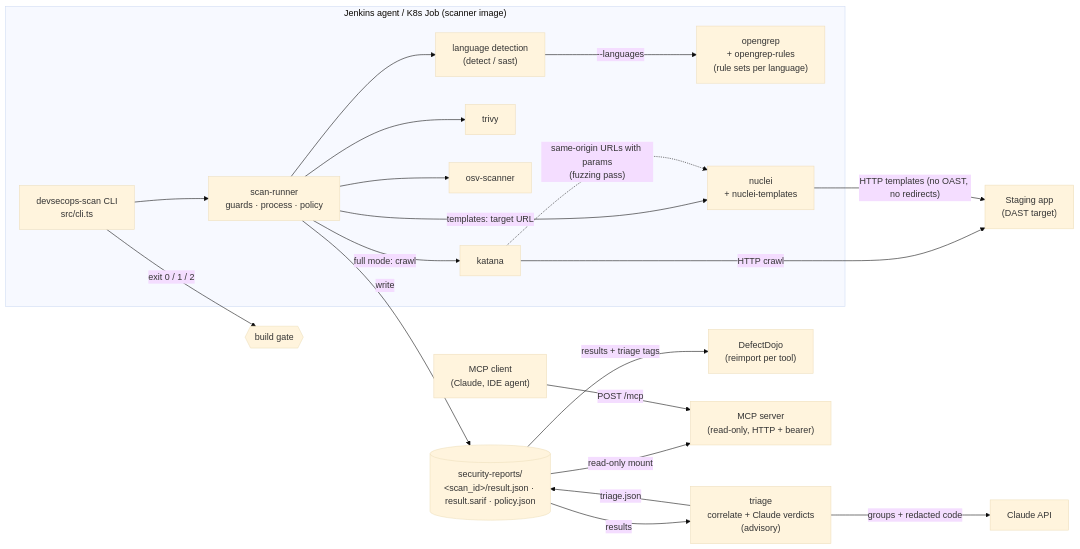
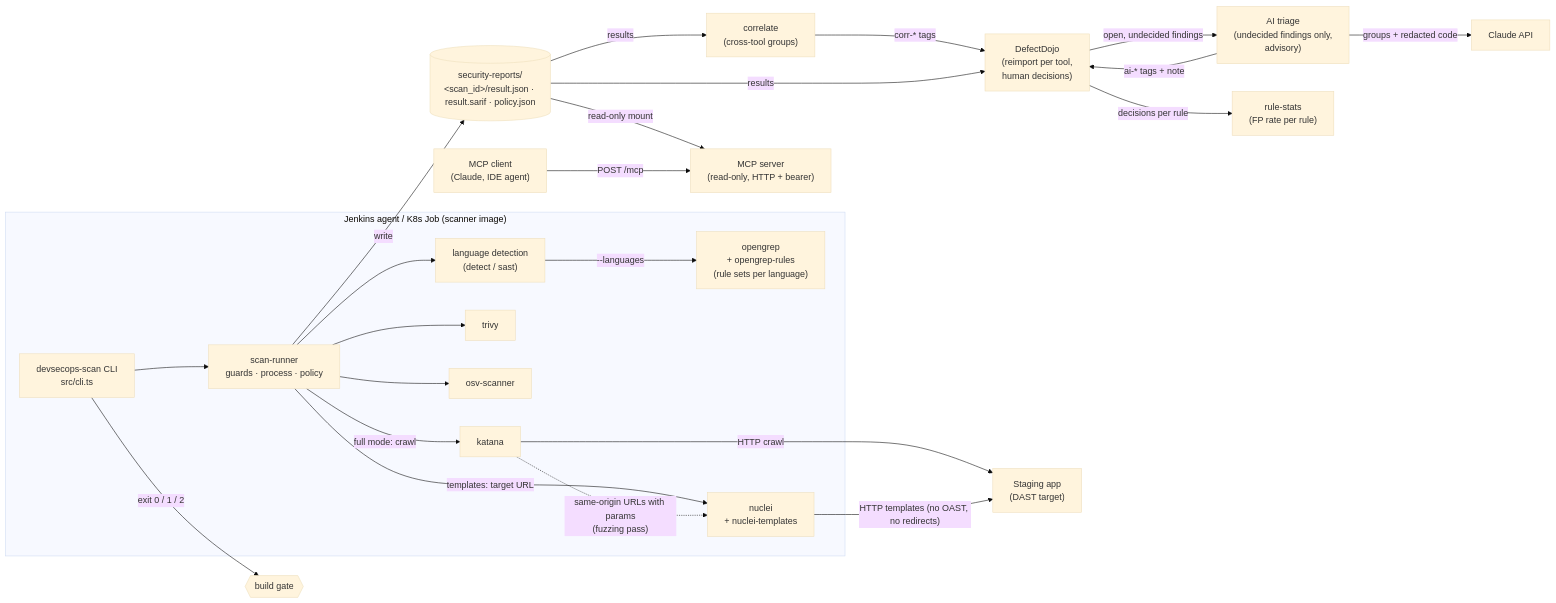
One commit to nguyentin2068/DevSecOps-MCP changed the diagram in docs/ARCHITECTURE.md. Above: the diagram before and after it, drawn with Mermaid (base theme). The commit also changed other lines of this file and 13 other files, not shown here.

First line of the commit message:
feat: DefectDojo as source of truth - triage after import, rule statistics

````diff
--- a/docs/ARCHITECTURE.md
+++ b/docs/ARCHITECTURE.md
@@ -13,39 +13,44 @@
 ```mermaid
 flowchart LR
   subgraph CI["Jenkins agent / K8s Job (scanner image)"]
     CLI["devsecops-scan CLI<br/>src/cli.ts"]
     RUN["scan-runner<br/>guards · process · policy"]
     DET["language detection<br/>(detect / sast)"]
     OG["opengrep<br/>+ opengrep-rules<br/>(rule sets per language)"]
     TV["trivy"]
     OSV["osv-scanner"]
     KT["katana"]
     NU["nuclei<br/>+ nuclei-templates"]
     CLI --> RUN
     RUN --> DET
     DET -- "--languages" --> OG
     RUN --> TV & OSV
     RUN -- "templates: target URL" --> NU
     RUN -- "full mode: crawl" --> KT
     KT -. "same-origin URLs with params<br/>(fuzzing pass)" .-> NU
   end
 
-  TRI["triage<br/>correlate + Claude verdicts<br/>(advisory)"]
+  COR["correlate<br/>(cross-tool groups)"]
+  DD["DefectDojo<br/>(reimport per tool,<br/>human decisions)"]
+  TRI["AI triage<br/>(undecided findings only,<br/>advisory)"]
   CLAUDE["Claude API"]
-  DD["DefectDojo<br/>(reimport per tool)"]
+  RS["rule-stats<br/>(FP rate per rule)"]
   APP["Staging app<br/>(DAST target)"]
   VOL[("security-reports/<br/>&lt;scan_id&gt;/result.json · result.sarif · policy.json")]
   MCP["MCP server<br/>(read-only, HTTP + bearer)"]
   LLM["MCP client<br/>(Claude, IDE agent)"]
 
   KT -- "HTTP crawl" --> APP
   NU -- "HTTP templates (no OAST, no redirects)" --> APP
   RUN -- "write" --> VOL
   CLI -- "exit 0 / 1 / 2" --> GATE{{"build gate"}}
-  VOL -- "results" --> TRI
+  VOL -- "results" --> COR
+  COR -- "corr-* tags" --> DD
+  VOL -- "results" --> DD
+  DD -- "open, undecided findings" --> TRI
   TRI -- "groups + redacted code" --> CLAUDE
-  TRI -- "triage.json" --> VOL
-  VOL -- "results + triage tags" --> DD
+  TRI -- "ai-* tags + note" --> DD
+  DD -- "decisions per rule" --> RS
   VOL -- "read-only mount" --> MCP
   LLM -- "POST /mcp" --> MCP
 ```
````
